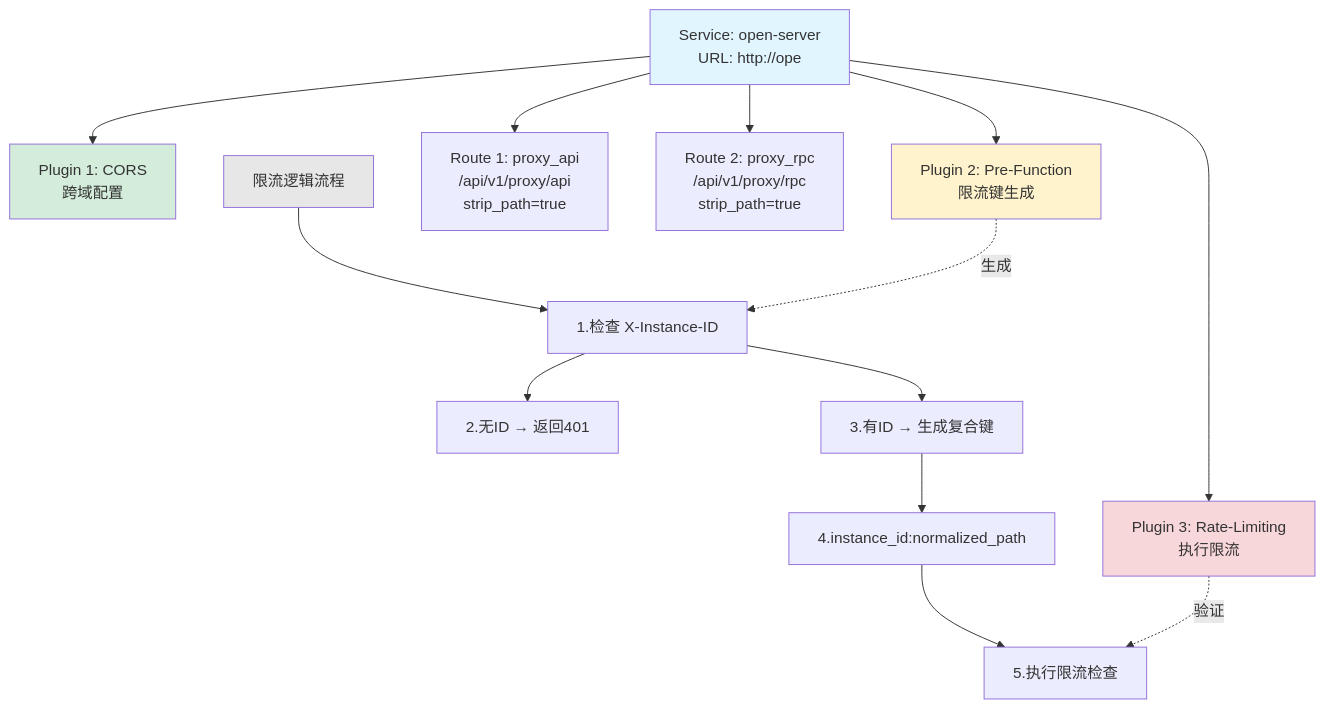
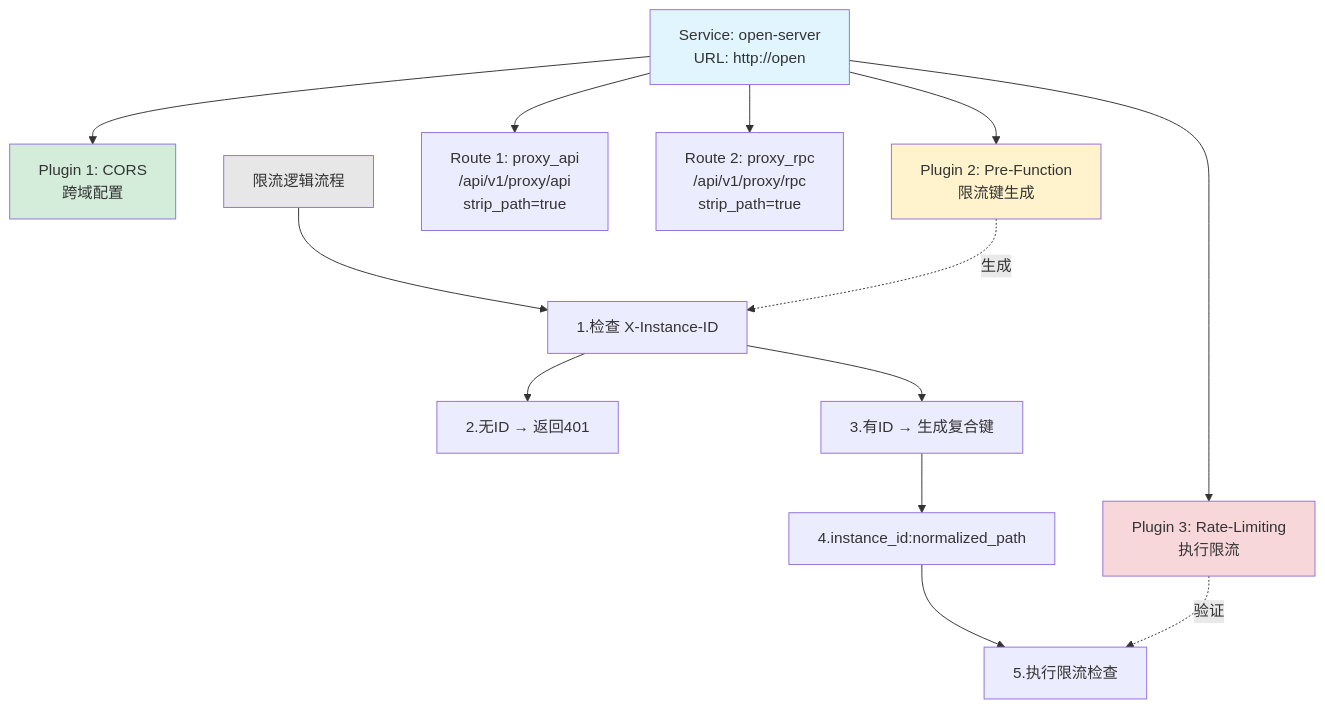
The diagram in all/未命名-8.md (yingjianzh/iodraw-files), drawn with Mermaid before and after one commit.

Commit message:
2025-12-10 10:59:35 update

````diff
--- a/all/未命名-8.md
+++ b/all/未命名-8.md
@@ -1,39 +1,39 @@
 ```mermaid
 graph TB
-    S1[Service: open-server<br/>URL: http://ope]
+    S1[Service: open-server<br/>URL: http://open]
     
     S1P1[Plugin 1: CORS<br/>跨域配置]
     S1P2[Plugin 2: Pre-Function<br/>限流键生成]
     S1P3[Plugin 3: Rate-Limiting<br/>执行限流]
     
     R1[Route 1: proxy_api<br/>/api/v1/proxy/api<br/>strip_path=true]
     R2[Route 2: proxy_rpc<br/>/api/v1/proxy/rpc<br/>strip_path=true]
     
     S1 --> S1P1
     S1 --> S1P2
     S1 --> S1P3
     S1 --> R1
     S1 --> R2
     
     Logic[限流逻辑流程]
     L1[1.检查 X-Instance-ID]
     L2[2.无ID → 返回401]
     L3[3.有ID → 生成复合键]
     L4[4.instance_id:normalized_path]
     L5[5.执行限流检查]
     
     Logic --> L1
     L1 --> L2
     L1 --> L3
     L3 --> L4
     L4 --> L5
     
     S1P2 -.生成.-> L1
     S1P3 -.验证.-> L5
     
     style S1 fill:#e1f5ff
     style S1P1 fill:#d4edda
     style S1P2 fill:#fff3cd
     style S1P3 fill:#f8d7da
     style Logic fill:#e7e7e7
 ```
````
